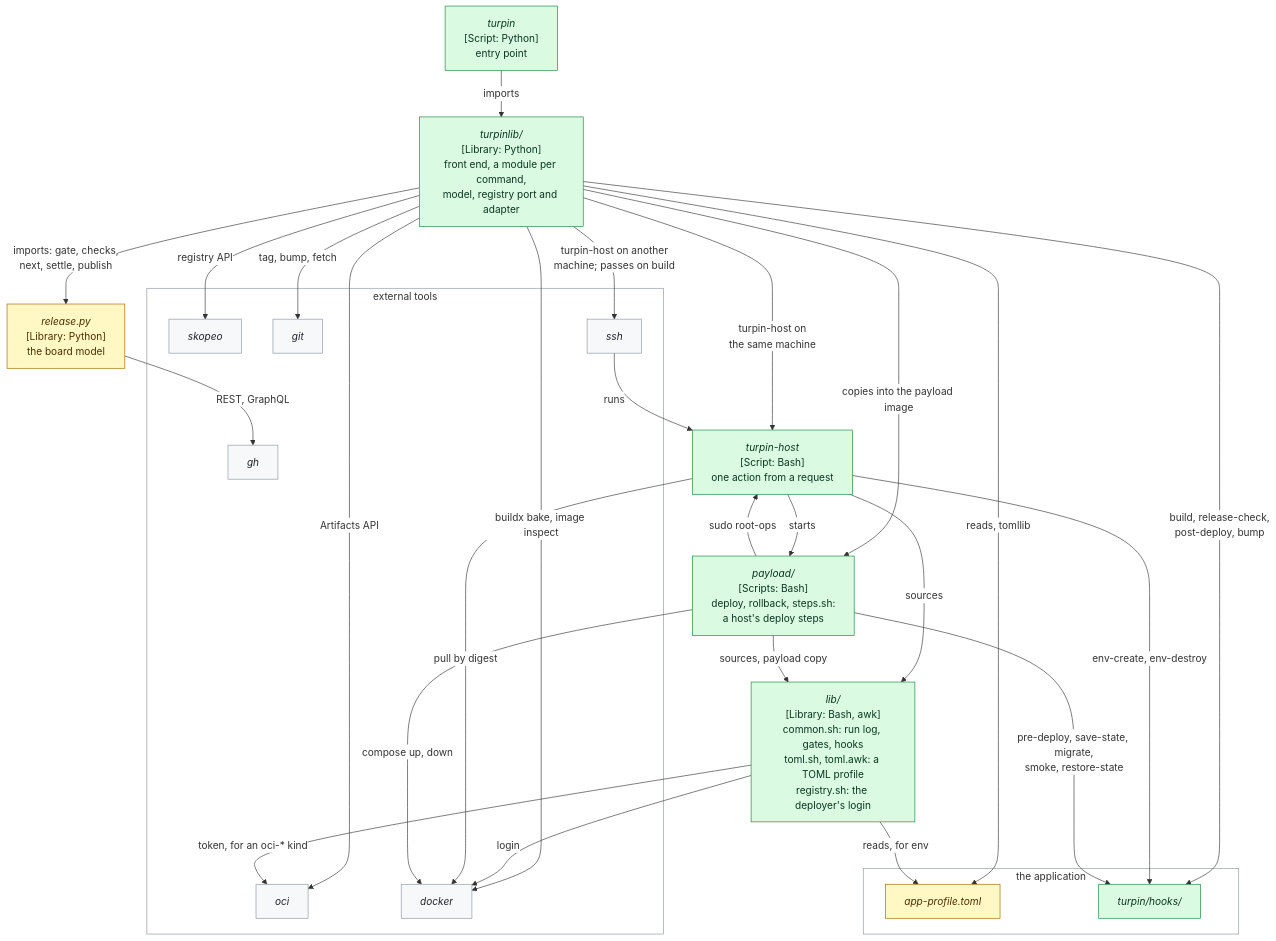
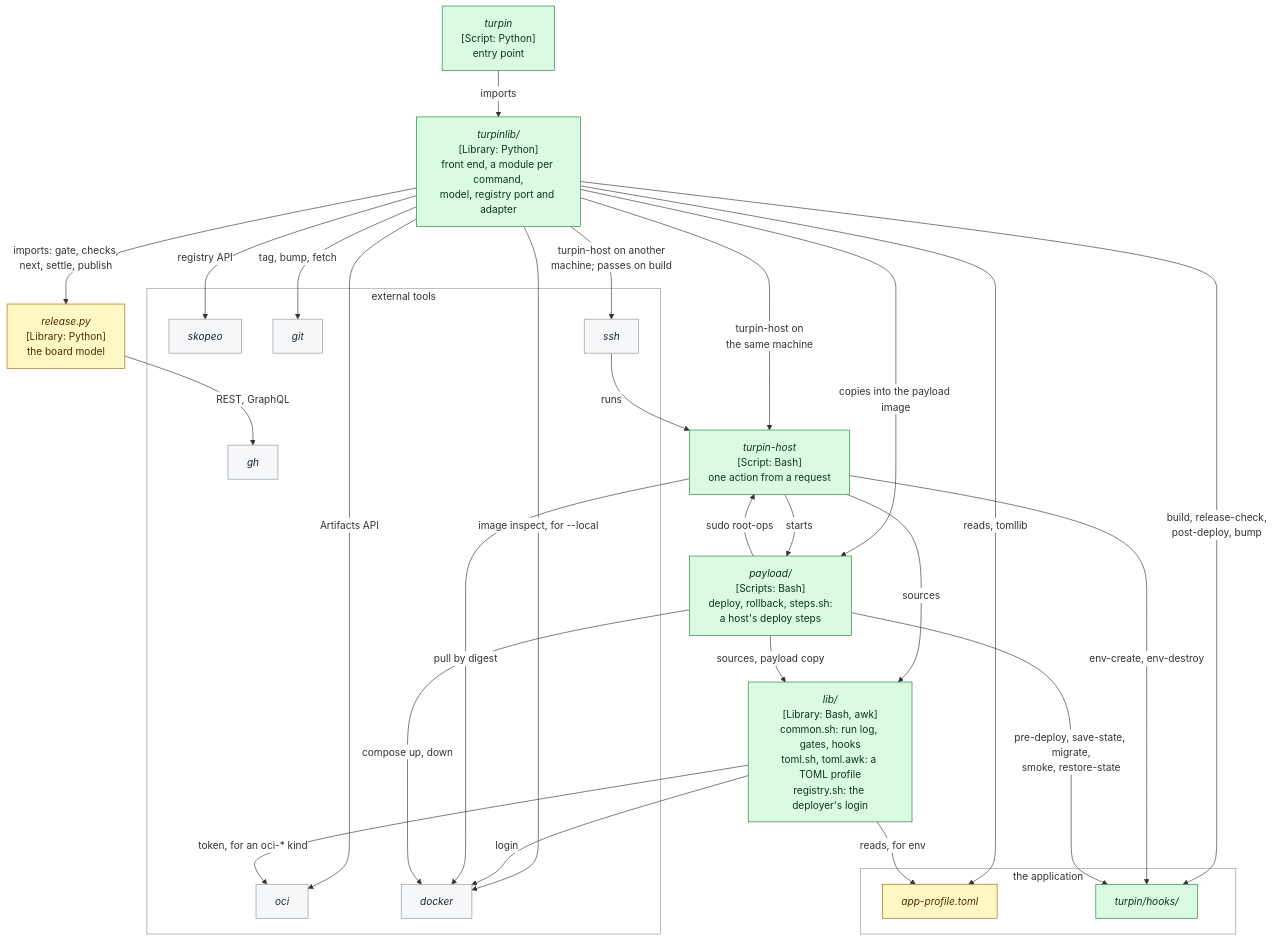
Before and after one commit to delphside/programme: the eighth of 10 diagrams in records/2.5-changes/programme-tooling/117-generic-deliver-tool/design.md, drawn with Mermaid. The commit also changed other lines of this file and 1 other file, not shown here.

````diff
--- a/records/2.5-changes/programme-tooling/117-generic-deliver-tool/design.md
+++ b/records/2.5-changes/programme-tooling/117-generic-deliver-tool/design.md
@@ -1146,52 +1157,52 @@
 ```mermaid
 %%{init: {"themeVariables": {"clusterBkg": "#ffffff", "clusterBorder": "#8c959f", "edgeLabelBackground": "#ffffff"}}}%%
 flowchart TB
   DLV["<i>turpin</i><br>[Script: Python]<br>entry point"]
   PKG["<i>turpinlib/</i><br>[Library: Python]<br>front end, a module per command,<br>model, registry port and adapter"]
   DH["<i>turpin-host</i><br>[Script: Bash]<br>one action from a request"]
   LIB["<i>lib/</i><br>[Library: Bash, awk]<br>common.sh: run log, gates, hooks<br>toml.sh, toml.awk: a TOML profile<br>registry.sh: the deployer's login"]
   PAY["<i>payload/</i><br>[Scripts: Bash]<br>deploy, rollback, steps.sh:<br>a host's deploy steps"]
   BR["<i>release.py</i><br>[Library: Python]<br>the board model"]
   subgraph APP["the application"]
     PROF["<i>app-profile.toml</i>"]
     HOOKS["<i>turpin/hooks/</i>"]
   end
   subgraph EXT["external tools"]
     SKO["<i>skopeo</i>"]
     OCIX["<i>oci</i>"]
     DOCK["<i>docker</i>"]
     GITX["<i>git</i>"]
     GHX["<i>gh</i>"]
     SSHX["<i>ssh</i>"]
   end
   DLV -->|imports| PKG
   PKG -->|reads, tomllib| PROF
   PKG -->|registry API| SKO
   PKG -->|Artifacts API| OCIX
   PKG -->|imports: gate, checks,<br>next, settle, publish| BR
   BR -->|REST, GraphQL| GHX
   PKG -->|tag, bump, fetch| GITX
   PKG -->|turpin-host on another<br>machine; passes on build| SSHX
   SSHX -->|runs| DH
   PKG -->|turpin-host on<br>the same machine| DH
   PKG -->|build, release-check,<br>post-deploy, bump| HOOKS
   PKG -->|copies into the payload image| PAY
-  PKG -->|buildx bake, image inspect| DOCK
+  PKG -->|image inspect, for --local| DOCK
   DH -->|sources| LIB
   LIB -->|reads, for env| PROF
   LIB -->|login| DOCK
   LIB -->|token, for an oci-* kind| OCIX
   PAY -->|sources, payload copy| LIB
   DH -->|env-create, env-destroy| HOOKS
   DH -->|starts| PAY
   DH -->|pull by digest| DOCK
   PAY -->|pre-deploy, save-state, migrate,<br>smoke, restore-state| HOOKS
   PAY -->|compose up, down| DOCK
   PAY -->|sudo root-ops| DH
   classDef unchanged    fill:#f6f8fa,stroke:#8c959f,color:#1f2328
   classDef new          fill:#dafbe1,stroke:#1a7f37,color:#0a3622
   classDef changed      fill:#fff8c5,stroke:#9a6700,color:#4d2d00
   class DLV,PKG,DH,LIB,PAY,HOOKS new
   class PROF,BR changed
   class SKO,OCIX,DOCK,GITX,GHX,SSHX unchanged
 ```
````
